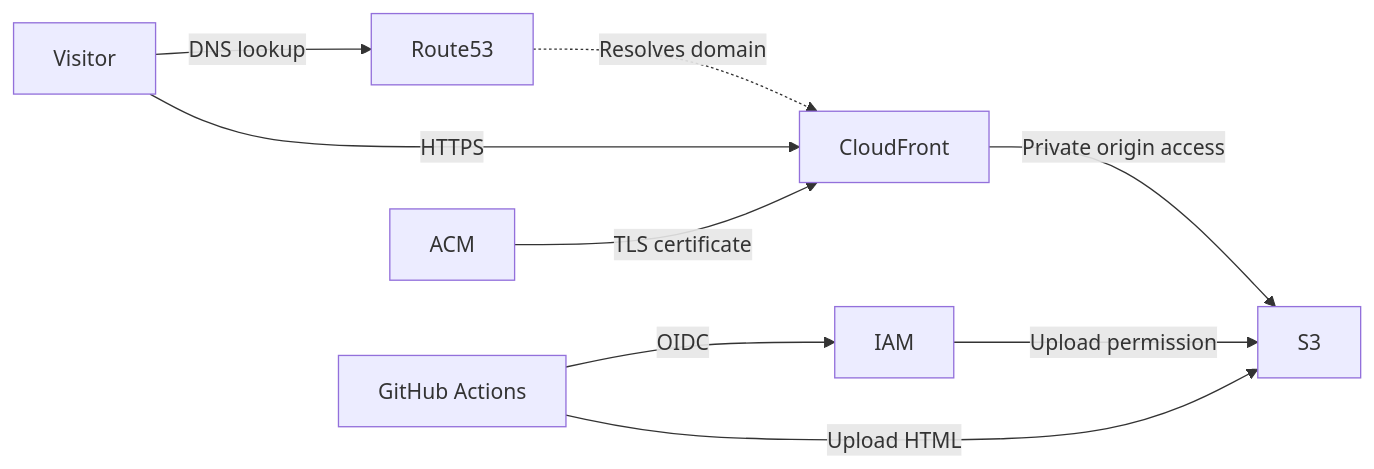
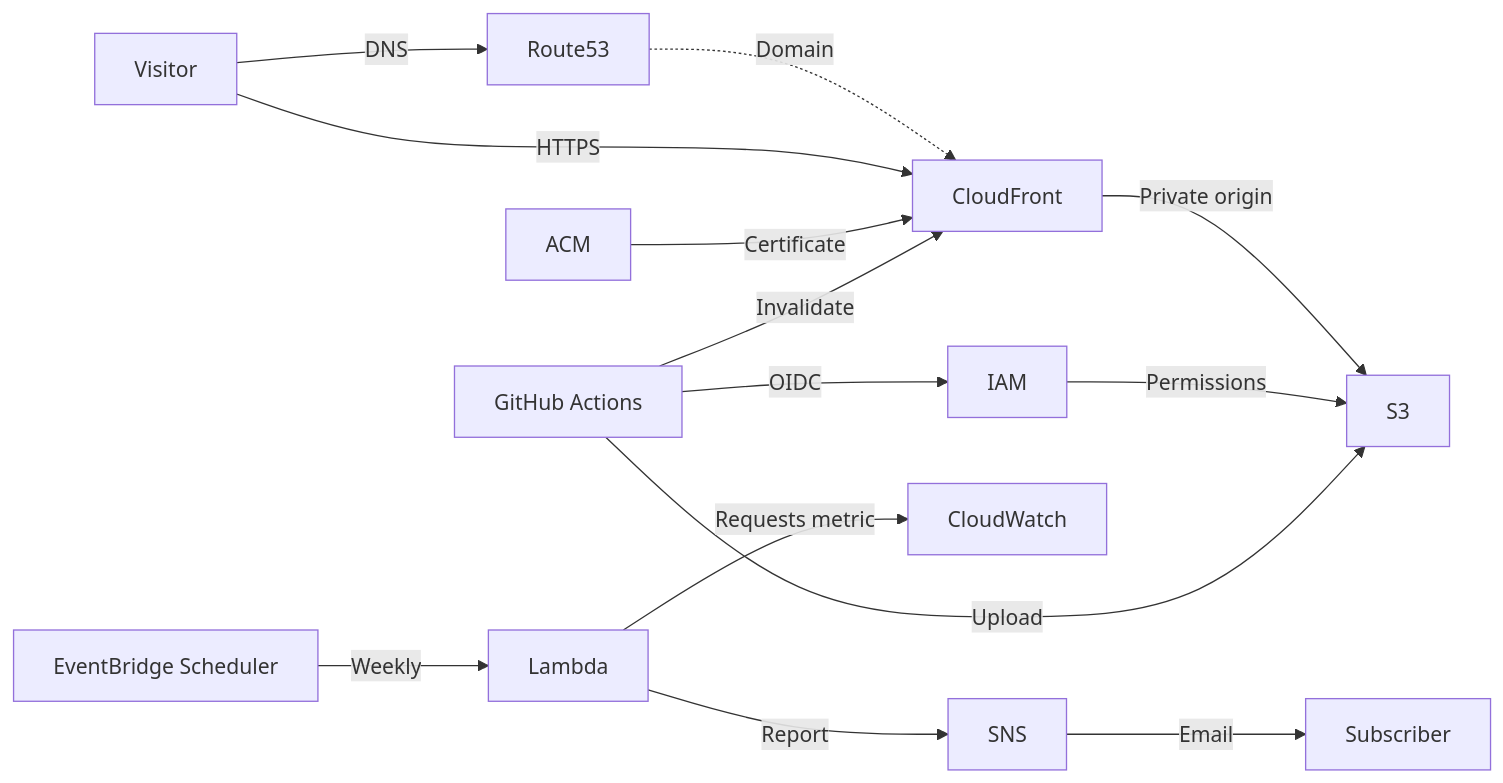
One commit to KFrost533/infra-s3-portfolio changed the diagram in README.md. Above: the diagram before and after it, drawn with Mermaid. The commit also changed other lines of this file and 31 other files, not shown here.

First line of the commit message:
feat: add weekly CloudFront request report functionality

````diff
--- a/README.md
+++ b/README.md
@@ -5,11 +3,16 @@
 ```mermaid
 flowchart LR
-    Visitor -->|DNS lookup| Route53
-    Route53 -.->|Resolves domain| CloudFront
+    Visitor -->|DNS| Route53
+    Route53 -.->|Domain| CloudFront
     Visitor -->|HTTPS| CloudFront
-    CloudFront -->|Private origin access| S3
-    ACM -->|TLS certificate| CloudFront
+    ACM -->|Certificate| CloudFront
+    CloudFront -->|Private origin| S3
     GitHub[GitHub Actions] -->|OIDC| IAM
-    IAM -->|Upload permission| S3
-    GitHub -->|Upload HTML| S3
+    IAM -->|Permissions| S3
+    GitHub -->|Upload| S3
+    GitHub -->|Invalidate| CloudFront
+    Scheduler[EventBridge Scheduler] -->|Weekly| Lambda
+    Lambda -->|Requests metric| CloudWatch
+    Lambda -->|Report| SNS
+    SNS -->|Email| Subscriber
 ```
````
